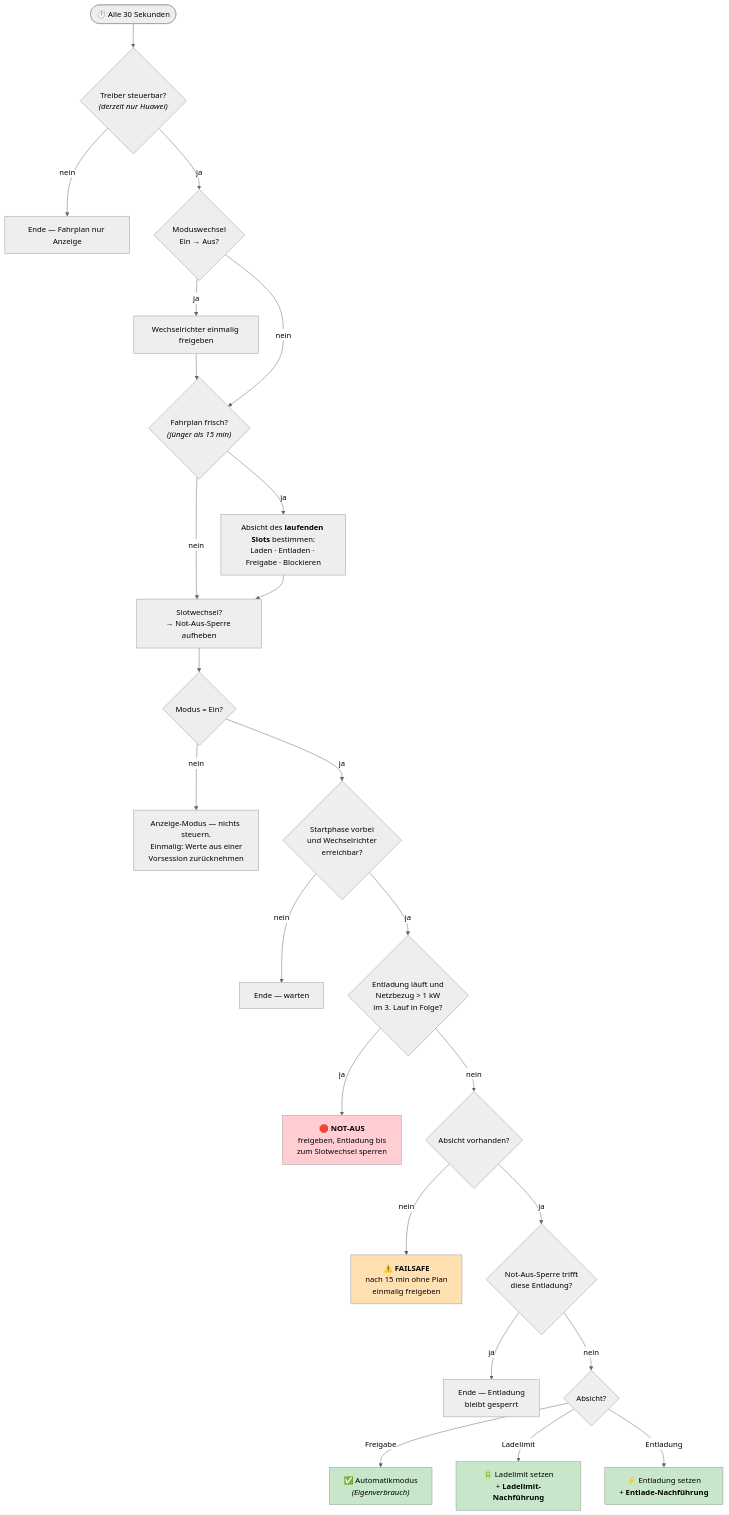
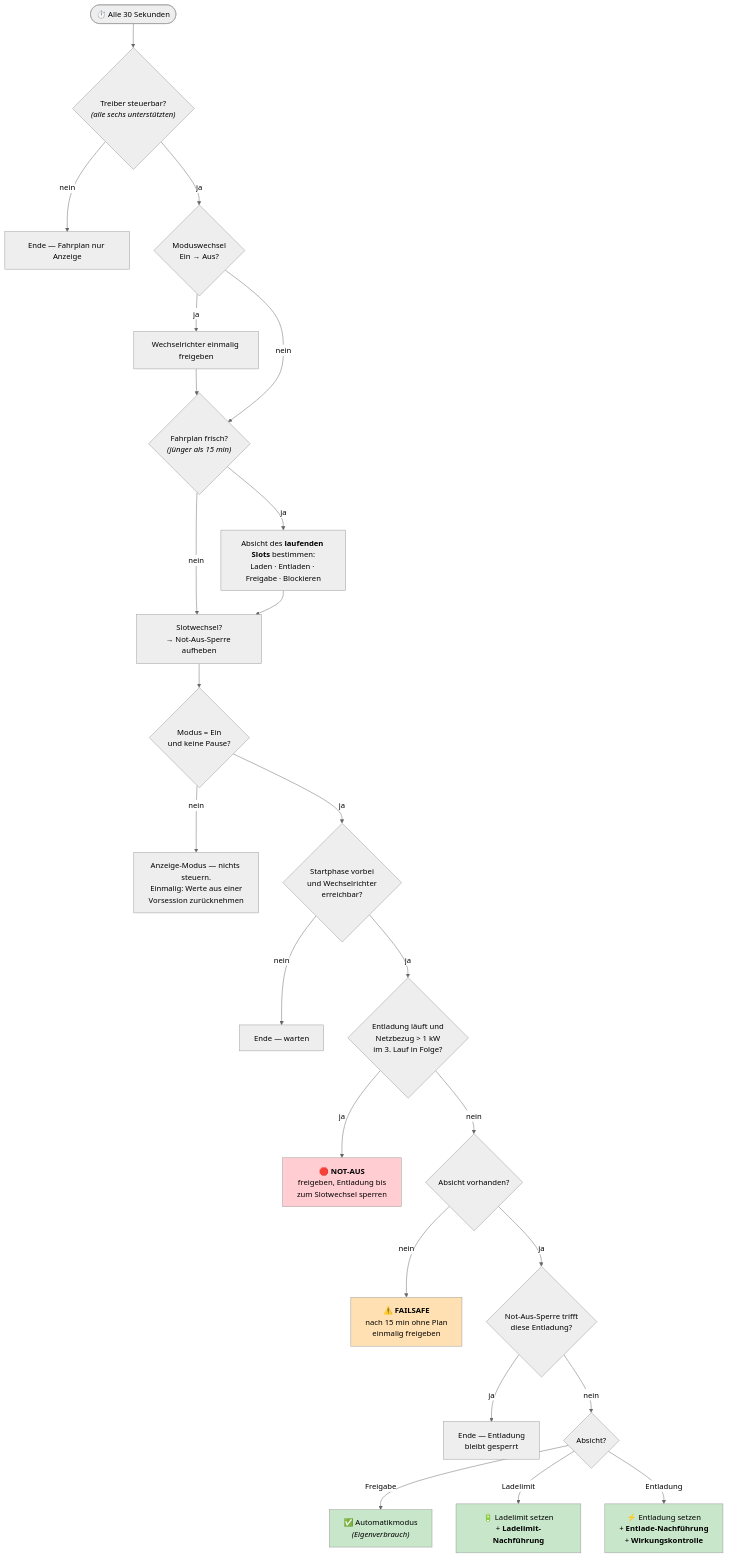
The second of 2 diagrams in docs/steuerung.md (RobertHell82/EEGEnergyOptimizer2), drawn with Mermaid (neutral theme) before and after one commit. The commit also changed other lines of this file and 21 other files, not shown here.

````diff
--- a/docs/steuerung.md
+++ b/docs/steuerung.md
@@ -34,31 +34,31 @@
 ```mermaid
 flowchart TD
-    START(["⏱️ Alle 30 Sekunden"]) --> SUP{"Treiber steuerbar?<br/><i>(derzeit nur Huawei)</i>"}
+    START(["⏱️ Alle 30 Sekunden"]) --> SUP{"Treiber steuerbar?<br/><i>(alle sechs unterstützten)</i>"}
     SUP -- "nein" --> E1["Ende — Fahrplan nur Anzeige"]
     SUP -- "ja" --> WECHSEL{"Moduswechsel<br/>Ein → Aus?"}
     WECHSEL -- "ja" --> REL["Wechselrichter einmalig freigeben"] --> FRISCH
     WECHSEL -- "nein" --> FRISCH{"Fahrplan frisch?<br/><i>(jünger als 15 min)</i>"}
     FRISCH -- "ja" --> ABSICHT["Absicht des <b>laufenden Slots</b> bestimmen:<br/>Laden · Entladen · Freigabe · Blockieren"]
     FRISCH -- "nein" --> SLOT
     ABSICHT --> SLOT["Slotwechsel?<br/>→ Not-Aus-Sperre aufheben"]
-    SLOT --> MODUS{"Modus = Ein?"}
+    SLOT --> MODUS{"Modus = Ein<br/>und keine Pause?"}
     MODUS -- "nein" --> E2["Anzeige-Modus — nichts steuern.<br/>Einmalig: Werte aus einer<br/>Vorsession zurücknehmen"]
     MODUS -- "ja" --> BEREIT{"Startphase vorbei<br/>und Wechselrichter<br/>erreichbar?"}
     BEREIT -- "nein" --> E3["Ende — warten"]
     BEREIT -- "ja" --> NOTAUS{"Entladung läuft und<br/>Netzbezug &gt; 1 kW<br/>im 3. Lauf in Folge?"}
     NOTAUS -- "ja" --> NA["🛑 <b>NOT-AUS</b><br/>freigeben, Entladung bis<br/>zum Slotwechsel sperren"]
     NOTAUS -- "nein" --> PLAN{"Absicht vorhanden?"}
     PLAN -- "nein" --> FS["⚠️ <b>FAILSAFE</b><br/>nach 15 min ohne Plan<br/>einmalig freigeben"]
     PLAN -- "ja" --> SPERRE{"Not-Aus-Sperre trifft<br/>diese Entladung?"}
     SPERRE -- "ja" --> E4["Ende — Entladung<br/>bleibt gesperrt"]
     SPERRE -- "nein" --> AKTION{"Absicht?"}
     AKTION -- "Freigabe" --> AF["✅ Automatikmodus<br/><i>(Eigenverbrauch)</i>"]
     AKTION -- "Ladelimit" --> AL["🔋 Ladelimit setzen<br/>+ <b>Ladelimit-Nachführung</b>"]
-    AKTION -- "Entladung" --> AE["⚡ Entladung setzen<br/>+ <b>Entlade-Nachführung</b>"]
+    AKTION -- "Entladung" --> AE["⚡ Entladung setzen<br/>+ <b>Entlade-Nachführung</b><br/>+ <b>Wirkungskontrolle</b>"]
 
     style NA fill:#ffcdd2,color:#000
     style FS fill:#ffe0b2,color:#000
     style AF fill:#c8e6c9,color:#000
     style AL fill:#c8e6c9,color:#000
     style AE fill:#c8e6c9,color:#000
 ```
````
